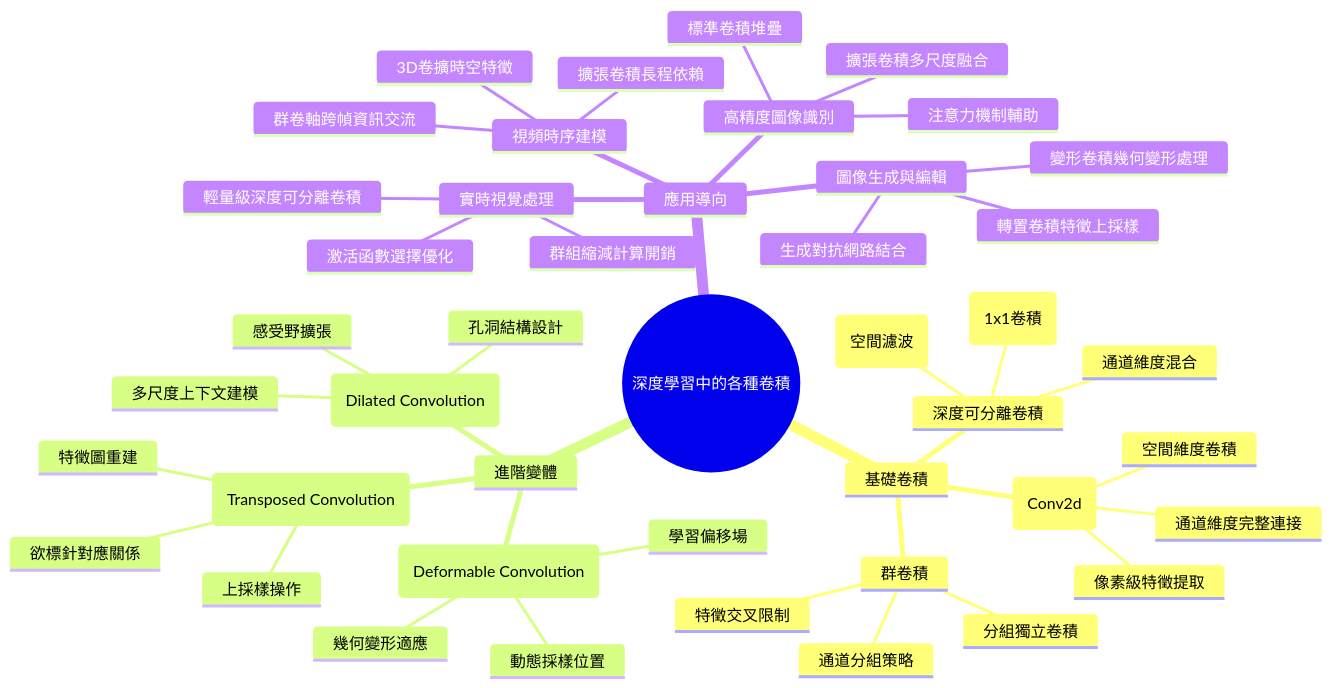
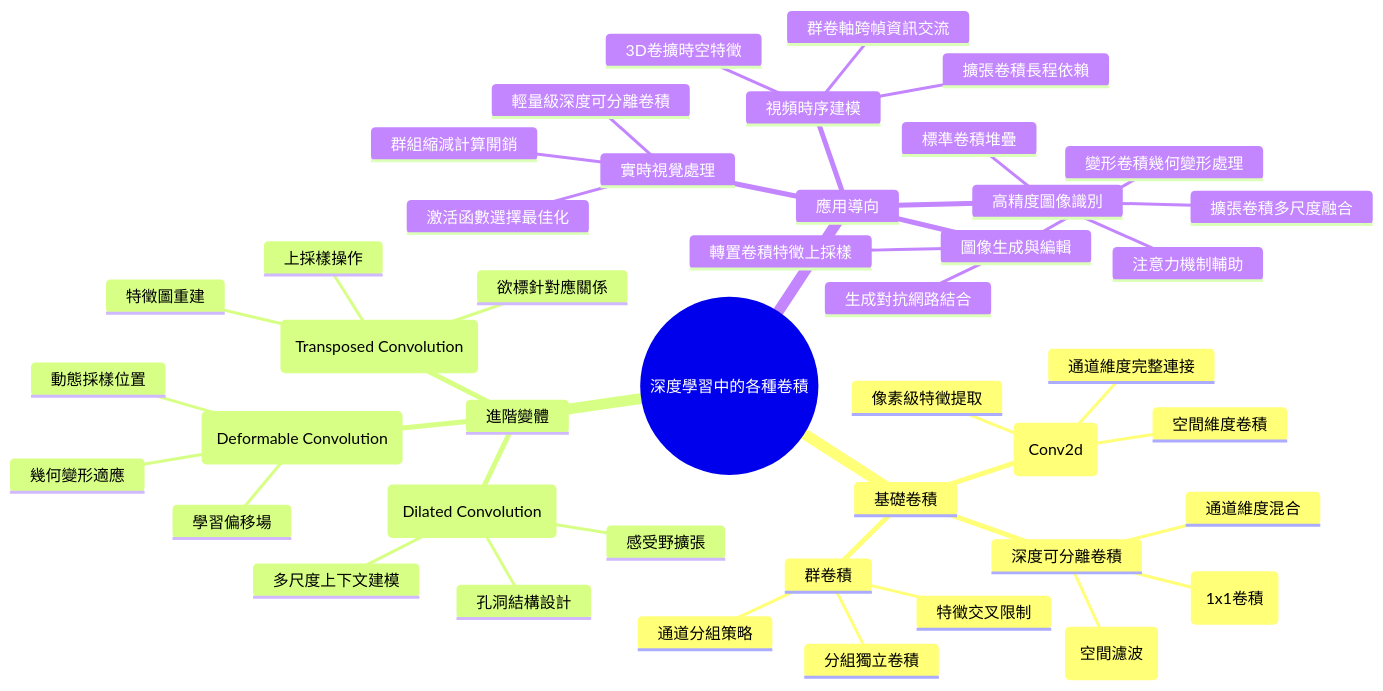
One commit to xansxuss/OBSIDIAN_NOTES changed the diagram in LLM_Wiki/wiki/AI_system/deep-learning-convolution.md. Above: the diagram before and after it, drawn with Mermaid. The commit also changed other lines of this file and 288 other files, not shown here.

````diff
--- a/LLM_Wiki/wiki/AI_system/deep-learning-convolution.md
+++ b/LLM_Wiki/wiki/AI_system/deep-learning-convolution.md
@@ -55,47 +67,47 @@
 ```mermaid
 mindmap
   root((深度學習中的各種卷積))
     基礎卷積
       標準卷積 (Conv2d)
         空間維度卷積
         通道維度完整連接
         像素級特徵提取
       深度可分離卷積
         深度卷積 (空間濾波)
         點逐卷積 (1x1卷積)
         通道維度混合
       群卷積
         通道分組策略
         分組獨立卷積
         特徵交叉限制
     進階變體
       擴張卷積 (Dilated Convolution)
         孔洞結構設計
         感受野擴張
         多尺度上下文建模
       變形卷積 (Deformable Convolution)
         學習偏移場
         動態採樣位置
         幾何變形適應
       轉置卷積 (Transposed Convolution)
         上採樣操作
         特徵圖重建
         欲標針對應關係
     應用導向
       實時視覺處理
         輕量級深度可分離卷積
         群組縮減計算開銷
-        激活函數選擇優化
+        激活函數選擇最佳化
       高精度圖像識別
         標準卷積堆疊
         擴張卷積多尺度融合
         注意力機制輔助
       視頻時序建模
         3D卷擴時空特徵
         群卷軸跨幀資訊交流
         擴張卷積長程依賴
       圖像生成與編輯
         轉置卷積特徵上採樣
         變形卷積幾何變形處理
         生成對抗網路結合
 ```
````
